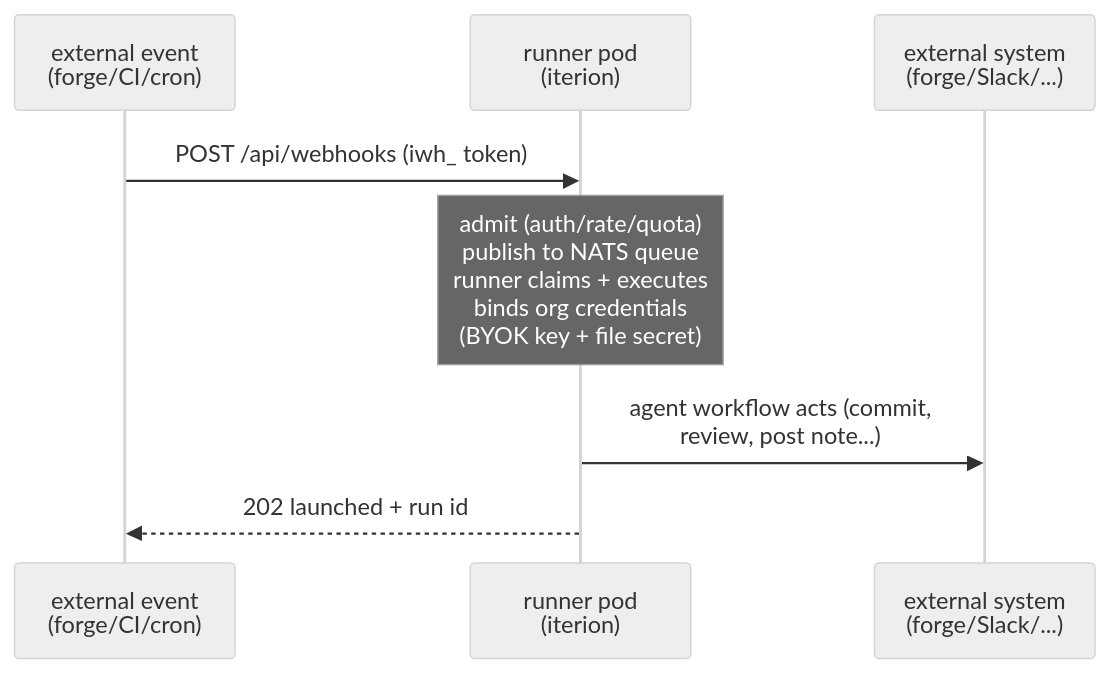
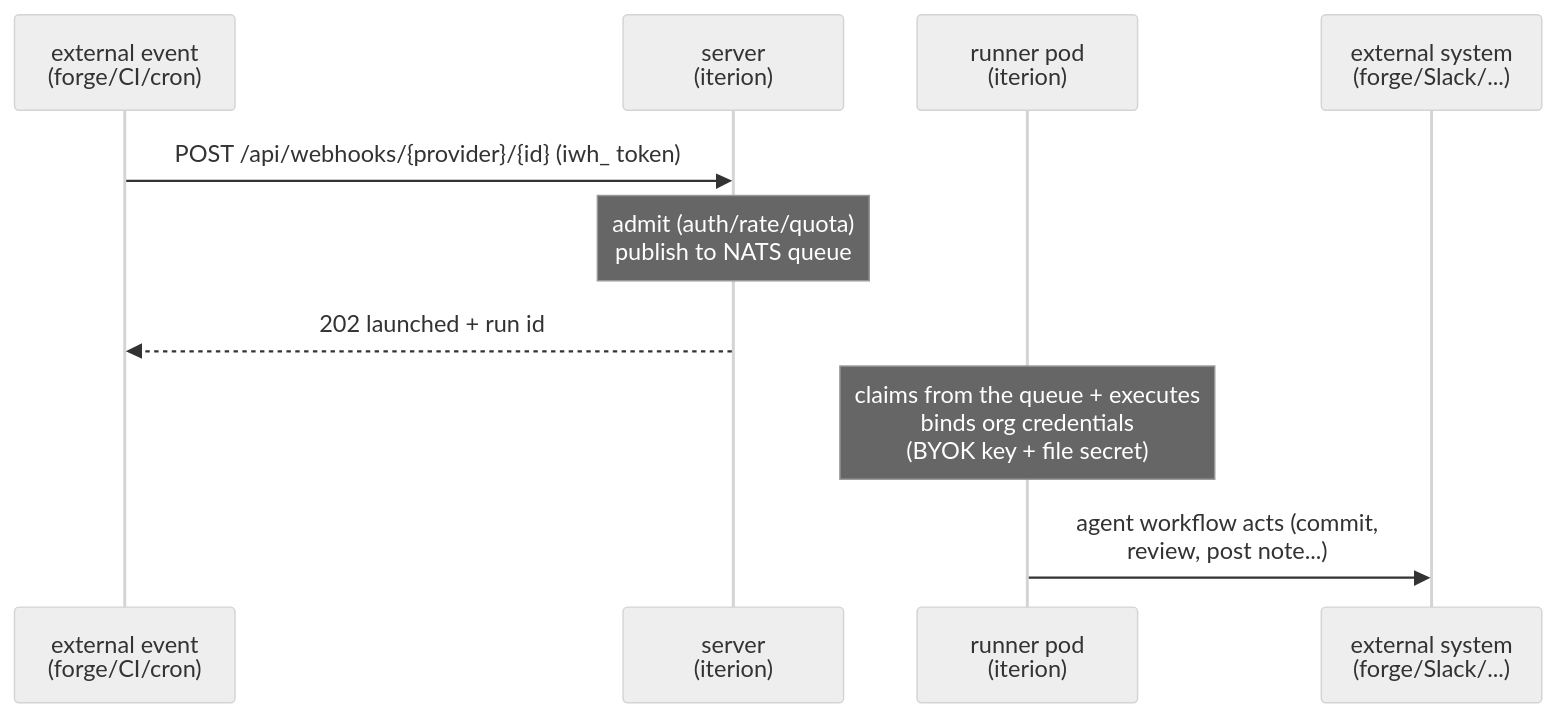
One commit to SocialGouv/iterion changed the diagram in docs/cloud-overview.md. Above: the diagram before and after it, drawn with Mermaid (neutral theme). The commit also changed 5 other files, not shown here.

First line of the commit message:
docs: align 6 pages with the code the cloud-run-lifecycle flow was drawn from

````diff
--- a/docs/cloud-overview.md
+++ b/docs/cloud-overview.md
@@ -33,11 +33,13 @@
 ```mermaid
 sequenceDiagram
   participant SRC as external event<br/>(forge/CI/cron)
+  participant SRV as server<br/>(iterion)
   participant RUN as runner pod<br/>(iterion)
   participant EXT as external system<br/>(forge/Slack/...)
 
-  SRC->>RUN: POST /api/webhooks (iwh_ token)
-  Note over RUN: admit (auth/rate/quota)<br/>publish to NATS queue<br/>runner claims + executes<br/>binds org credentials<br/>(BYOK key + file secret)
+  SRC->>SRV: POST /api/webhooks/{provider}/{id} (iwh_ token)
+  Note over SRV: admit (auth/rate/quota)<br/>publish to NATS queue
+  SRV-->>SRC: 202 launched + run id
+  Note over RUN: claims from the queue + executes<br/>binds org credentials<br/>(BYOK key + file secret)
   RUN->>EXT: agent workflow acts (commit,<br/>review, post note...)
-  RUN-->>SRC: 202 launched + run id
 ```
````
